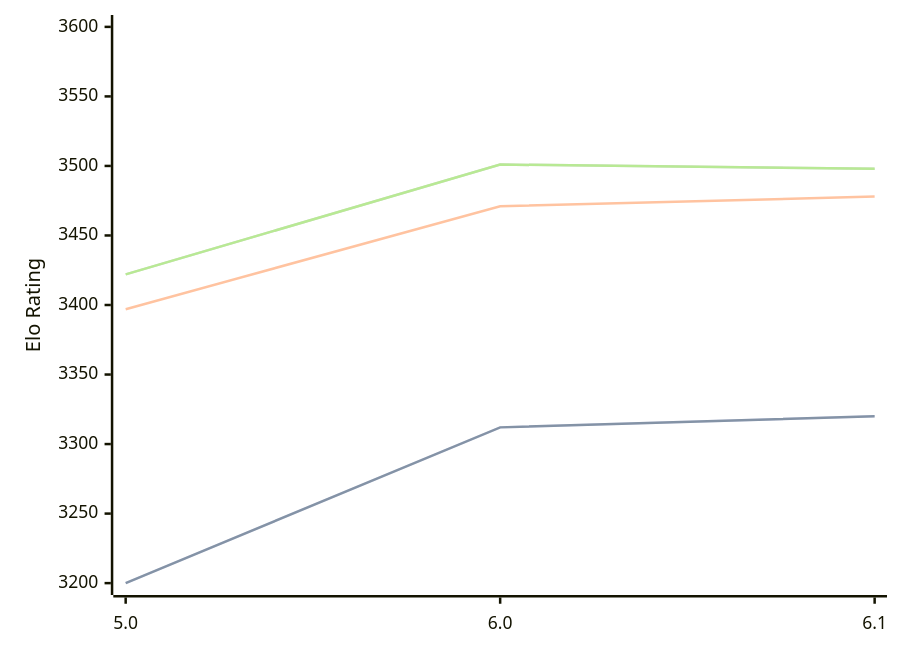
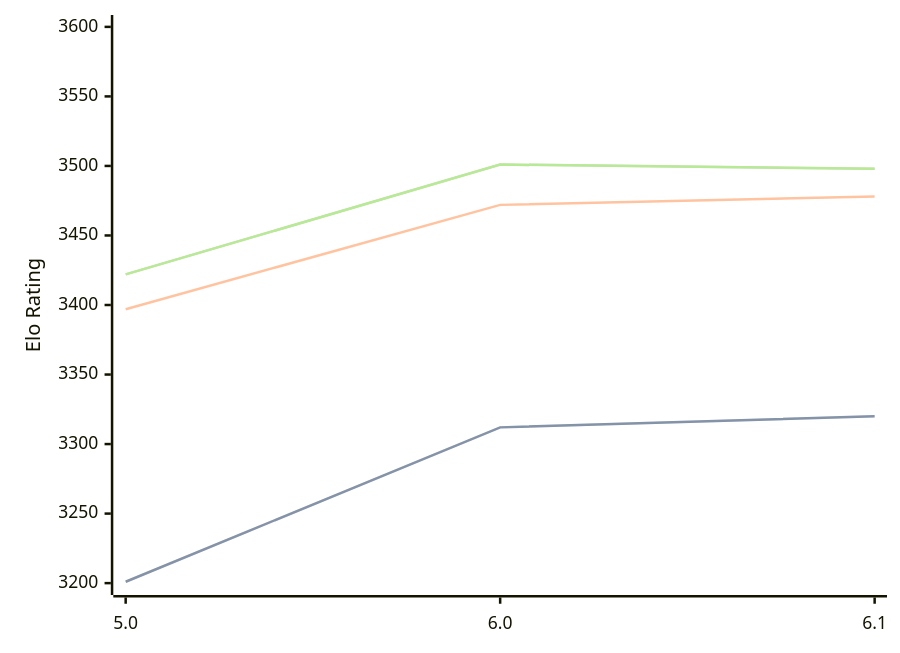
One commit to computer-chess-index/cci changed the first of 3 diagrams in engines/Starzix.md. Above: the diagram before and after it, drawn with Mermaid. The commit also changed other lines of this file, not shown here.

````diff
--- a/engines/Starzix.md
+++ b/engines/Starzix.md
@@ -37,11 +37,11 @@
 ```mermaid
 %%{init: {"theme":"base","themeVariables":{"seriesColors:['#a3a3a3','#222221','#faa371']}}}%%
 xychart-beta
   x-axis ["5.0", "6.0", "6.1"]
   y-axis "Elo Rating" 3200 --> 3600
-  line "STC (8.0+0.08s)" [3200, 3312, 3320]
-  line "STC (8.0+0.08s)" [3200, 3312, 3320]
-  line "LTC (60.0+0.60s)" [3397, 3471, 3478]
+  line "STC (8.0+0.08s)" [3201, 3312, 3320]
+  line "STC (8.0+0.08s)" [3201, 3312, 3320]
+  line "LTC (60.0+0.60s)" [3397, 3472, 3478]
   line "VLTC (2m24s+1.12s)" [3422, 3501, 3498]
   line "VLTC (2m24s+1.12s)" [3422, 3501, 3498]
 ```
````
